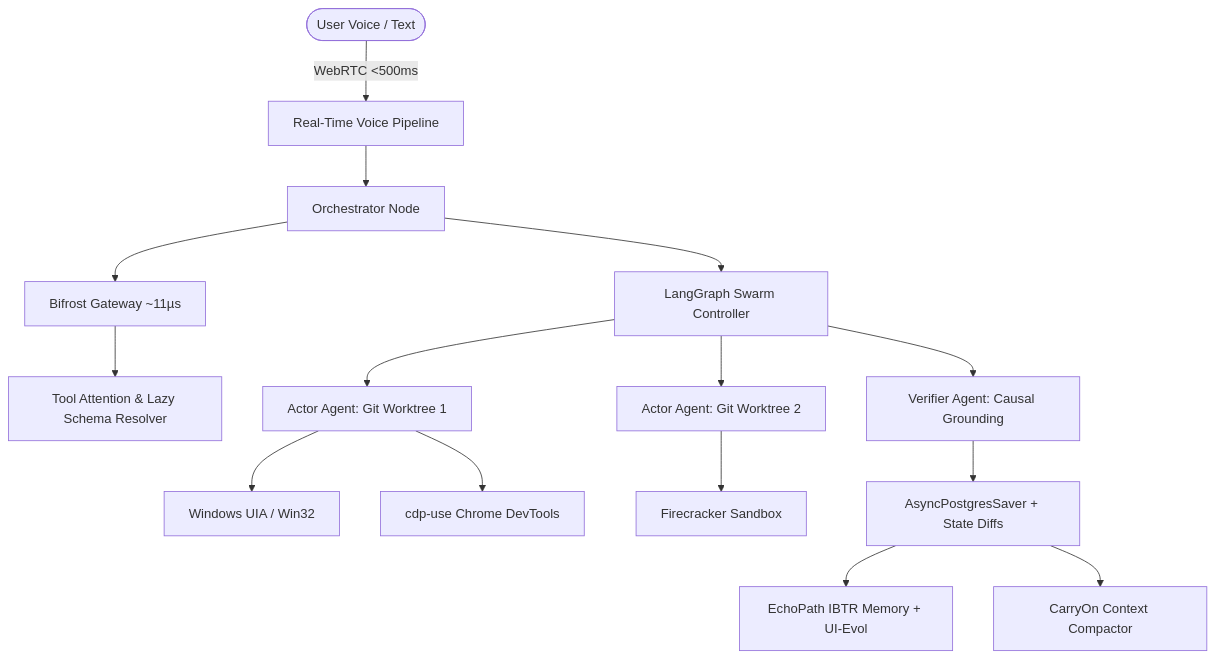
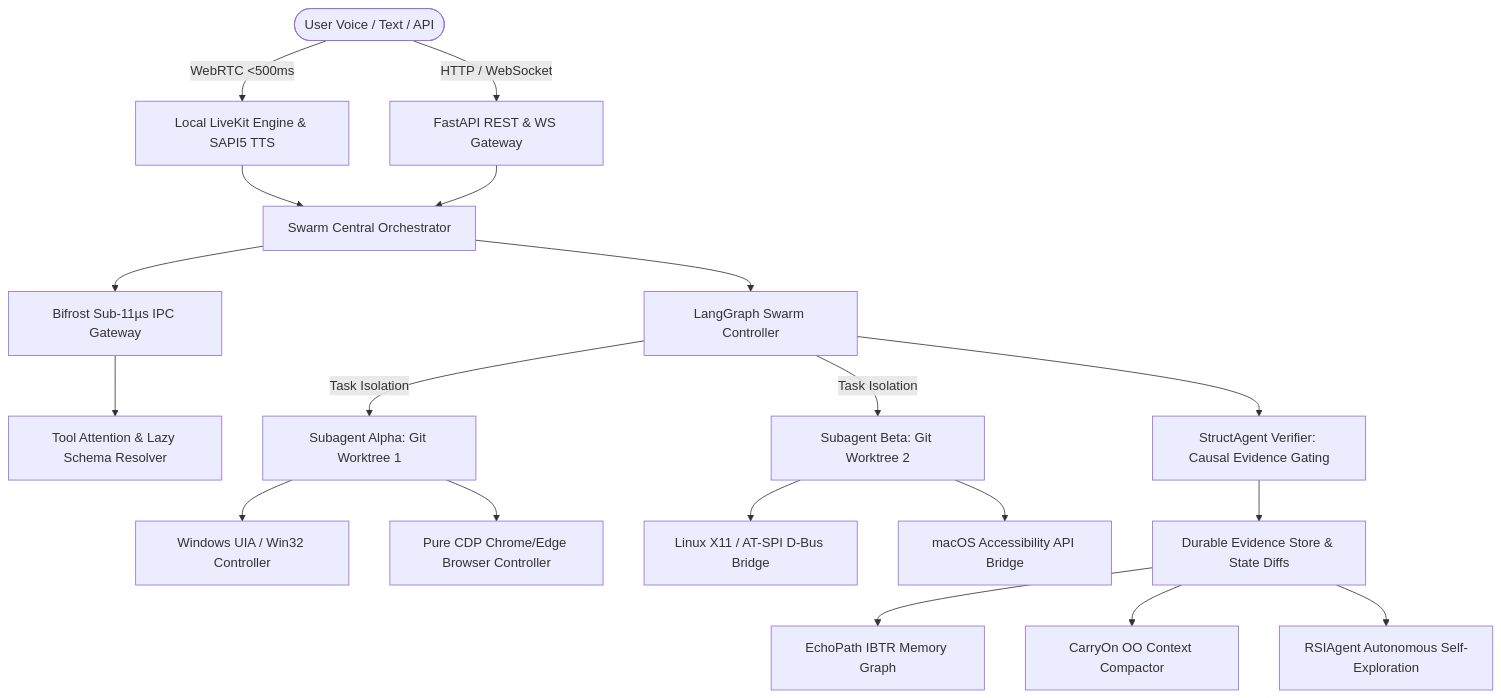
The diagram in README.md (Meet6338-X/AutogenOS), drawn with Mermaid before and after one commit. The commit also changed other lines of this file and 2 other files, not shown here.

Commit message:
docs: overhaul README with premium badges, architecture, benchmarks, and Apache 2.0 license

````diff
--- a/README.md
+++ b/README.md
@@ -25,20 +75,27 @@
 ```mermaid
 graph TD
-    User([User Voice / Text]) -->|WebRTC <500ms| LiveKit[Real-Time Voice Pipeline]
-    LiveKit --> Orchestrator[Orchestrator Node]
-    Orchestrator --> Bifrost[Bifrost Gateway ~11µs]
+    User([User Voice / Text / API]) -->|WebRTC <500ms| LiveKit[Local LiveKit Engine & SAPI5 TTS]
+    User -->|HTTP / WebSocket| FastAPIServer[FastAPI REST & WS Gateway]
+    
+    LiveKit --> Orchestrator[Swarm Central Orchestrator]
+    FastAPIServer --> Orchestrator
+    
+    Orchestrator --> Bifrost[Bifrost Sub-11µs IPC Gateway]
     Bifrost --> ToolAttention[Tool Attention & Lazy Schema Resolver]
+    
     Orchestrator --> Swarm[LangGraph Swarm Controller]
     
-    Swarm --> Actor1[Actor Agent: Git Worktree 1]
-    Swarm --> Actor2[Actor Agent: Git Worktree 2]
-    Swarm --> Verifier[Verifier Agent: Causal Grounding]
+    Swarm -->|Task Isolation| Actor1[Subagent Alpha: Git Worktree 1]
+    Swarm -->|Task Isolation| Actor2[Subagent Beta: Git Worktree 2]
+    Swarm --> Verifier[StructAgent Verifier: Causal Evidence Gating]
     
-    Actor1 --> WinOS[Windows UIA / Win32]
-    Actor1 --> Browser[cdp-use Chrome DevTools]
-    Actor2 --> MicroVM[Firecracker Sandbox]
+    Actor1 --> WinOS[Windows UIA / Win32 Controller]
+    Actor1 --> Browser[Pure CDP Chrome/Edge Browser Controller]
+    Actor2 --> LinuxOS[Linux X11 / AT-SPI D-Bus Bridge]
+    Actor2 --> MacBridge[macOS Accessibility API Bridge]
     
-    Verifier --> EvidenceStore[AsyncPostgresSaver + State Diffs]
-    EvidenceStore --> EchoPath[EchoPath IBTR Memory + UI-Evol]
-    EvidenceStore --> CarryOn[CarryOn Context Compactor]
+    Verifier --> EvidenceStore[Durable Evidence Store & State Diffs]
+    EvidenceStore --> EchoPath[EchoPath IBTR Memory Graph]
+    EvidenceStore --> CarryOn[CarryOn OO Context Compactor]
+    EvidenceStore --> RSIAgent[RSIAgent Autonomous Self-Exploration]
 ```
````
